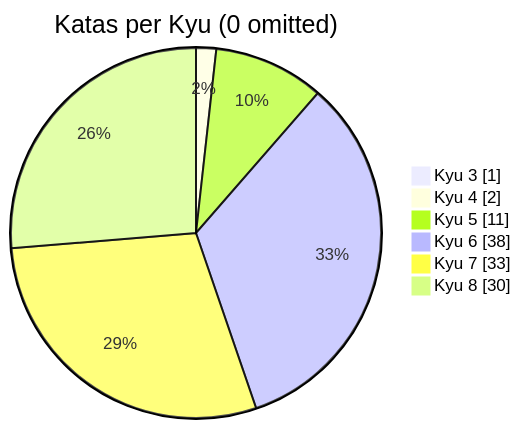
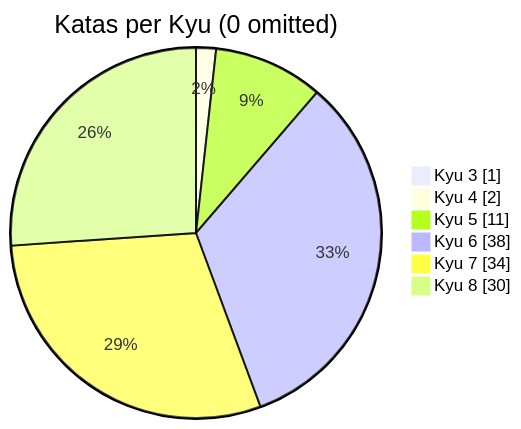
The diagram in README.md (MauricioLudwig/codewars-typescript), drawn with Mermaid before and after one commit. The commit also changed other lines of this file, not shown here.

````diff
--- a/README.md
+++ b/README.md
@@ -21,10 +21,10 @@
 ```mermaid
 pie showData
     title Katas per Kyu (0 omitted)
 	"Kyu 3": 1
 	"Kyu 4": 2
 	"Kyu 5": 11
 	"Kyu 6": 38
-	"Kyu 7": 33
+	"Kyu 7": 34
 	"Kyu 8": 30
 ```
````
